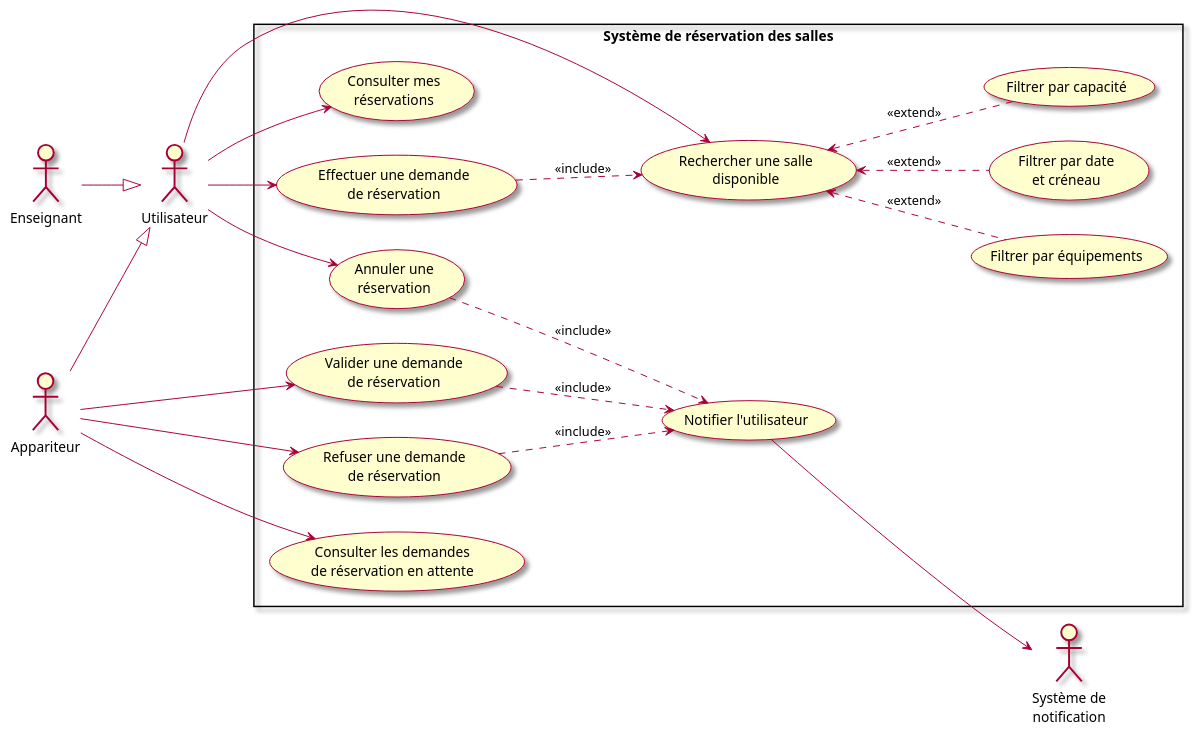
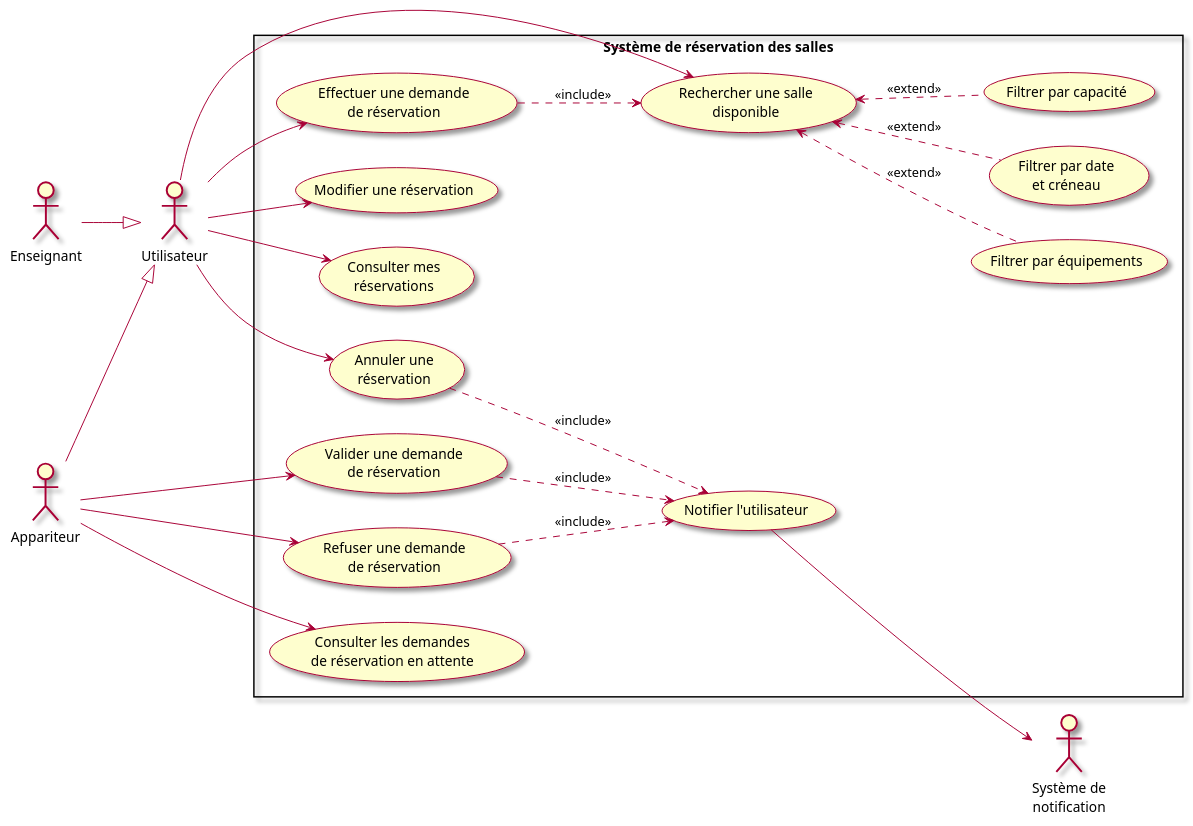
Before and after one commit to mrajaonson/glg204-room-management-system: the fifth of 5 diagrams in docs/01-Besoins.md, drawn with PlantUML. The commit also changed other lines of this file and 1 other file, not shown here.

````diff
--- a/docs/01-Besoins.md
+++ b/docs/01-Besoins.md
@@ -371,61 +432,64 @@
 ```plantuml
 @startuml
 
 left to right direction
 skin rose
 
 actor "Enseignant" as ENS
 actor "Appariteur" as AP
 actor "Système de\nnotification" as SYS
 
 actor "Utilisateur" as U
 
 ENS --|> U
 AP --|> U
 
 rectangle "Système de réservation des salles" {
 
   usecase "Rechercher une salle\ndisponible" as UC_RECH
 
   usecase "Filtrer par date\net créneau" as UC_FILTRE_DATE
   usecase "Filtrer par capacité" as UC_FILTRE_CAP
   usecase "Filtrer par équipements" as UC_FILTRE_EQUIP
 
   usecase "Effectuer une demande\nde réservation" as UC_RESERVER
+  
+  usecase "Modifier une réservation" as UC_MODIFIER_RESERVATION
 
   usecase "Consulter mes\nréservations" as UC_CONSULT
 
   usecase "Annuler une\nréservation" as UC_ANNULER
 
   usecase "Valider une demande\nde réservation" as UC_VALIDER
 
   usecase "Refuser une demande\nde réservation" as UC_REFUSER
 
   usecase "Consulter les demandes\nde réservation en attente" as UC_DEMANDES
 
   usecase "Notifier l'utilisateur" as UC_NOTIF
 
 }
 
 U --> UC_RECH
 U --> UC_RESERVER
 U --> UC_CONSULT
 U --> UC_ANNULER
+U --> UC_MODIFIER_RESERVATION
 
 AP --> UC_DEMANDES
 AP --> UC_VALIDER
 AP --> UC_REFUSER
 
 UC_RESERVER ..> UC_RECH : <<include>>
 UC_VALIDER ..> UC_NOTIF : <<include>>
 UC_REFUSER ..> UC_NOTIF : <<include>>
 UC_ANNULER ..> UC_NOTIF : <<include>>
 
 UC_RECH <.. UC_FILTRE_DATE : <<extend>>
 UC_RECH <.. UC_FILTRE_CAP : <<extend>>
 UC_RECH <.. UC_FILTRE_EQUIP : <<extend>>
 
 UC_NOTIF --> SYS
 
 @enduml
 ```
````
